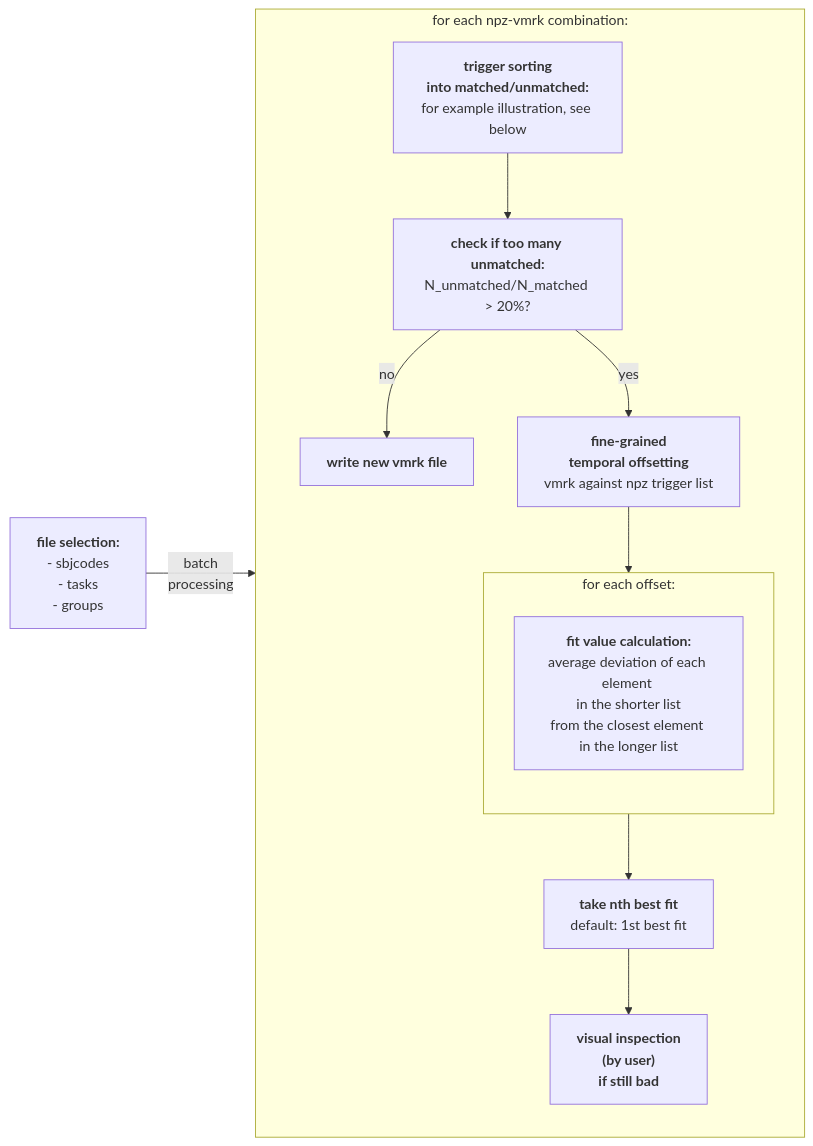
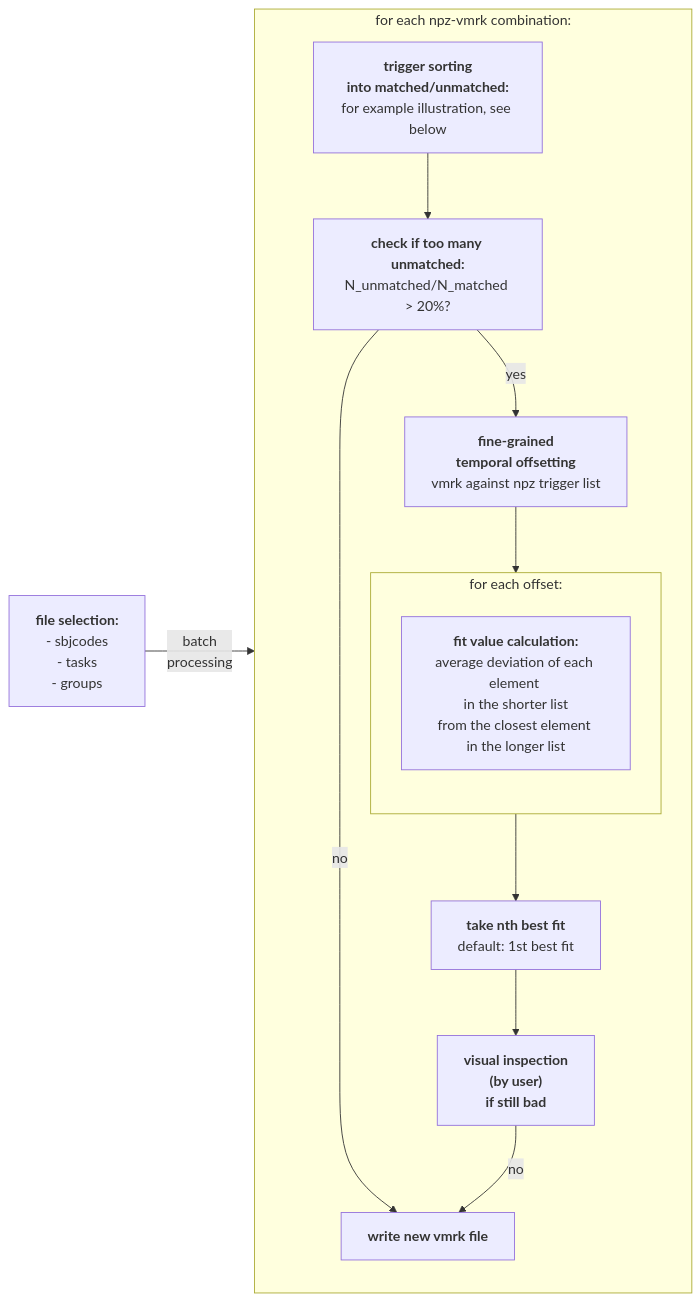
One commit to neuro-dream/Trigger-Fix changed the diagram in README.md. Above: the diagram before and after it, drawn with Mermaid.

````diff
--- a/README.md
+++ b/README.md
@@ -6,31 +6,32 @@
 ```mermaid
 %% (function: <a href='https://github.com/neurodream/Trigger-Fix/blob/main/trigfix/trigger_compare_functions.py#L92'>apply_fix</a>)
 
 graph LR;
     A["<b>file selection:</b><br>- sbjcodes<br> - tasks<br> - groups"]
     B["<b>trigger sorting<br>into matched/unmatched:</b><br>for example illustration, see below"]
     C["<b>check if too many unmatched:</b><br>N_unmatched/N_matched > 20%?"]
     D["<b>fine-grained <br>temporal offsetting</b><br>vmrk against npz trigger list"]
     E["<b>fit value calculation:</b><br>average deviation of each element <br> in the shorter list <br>from the closest element <br>in the longer list"]
     F["<b>take nth best fit</b><br>default: 1st best fit"]
     G["<b>write new vmrk file</b>"]
     H["<b>visual inspection <br>(by user) <br>if still bad</b>"]
 
 subgraph for_each_file_comb["for each npz-vmrk combination:"]
     direction TB
     B-->C;
     C-->|no|G;
     C-->|yes|D;
     subgraph for_each_offset["for each offset:"]
         direction TB
         E
     end
     D-->for_each_offset;
     for_each_offset-->F;
     F-->H;
     %% for_each_file_comb -- "until<br>all files<br>processed" --> for_each_file_comb;
     %% G--"until<br>all files<br>processed" --> for_each_file_comb;
+    H-->|no|G;
 end
 
 A--"batch <br>processing"-->for_each_file_comb;
 ```
````
